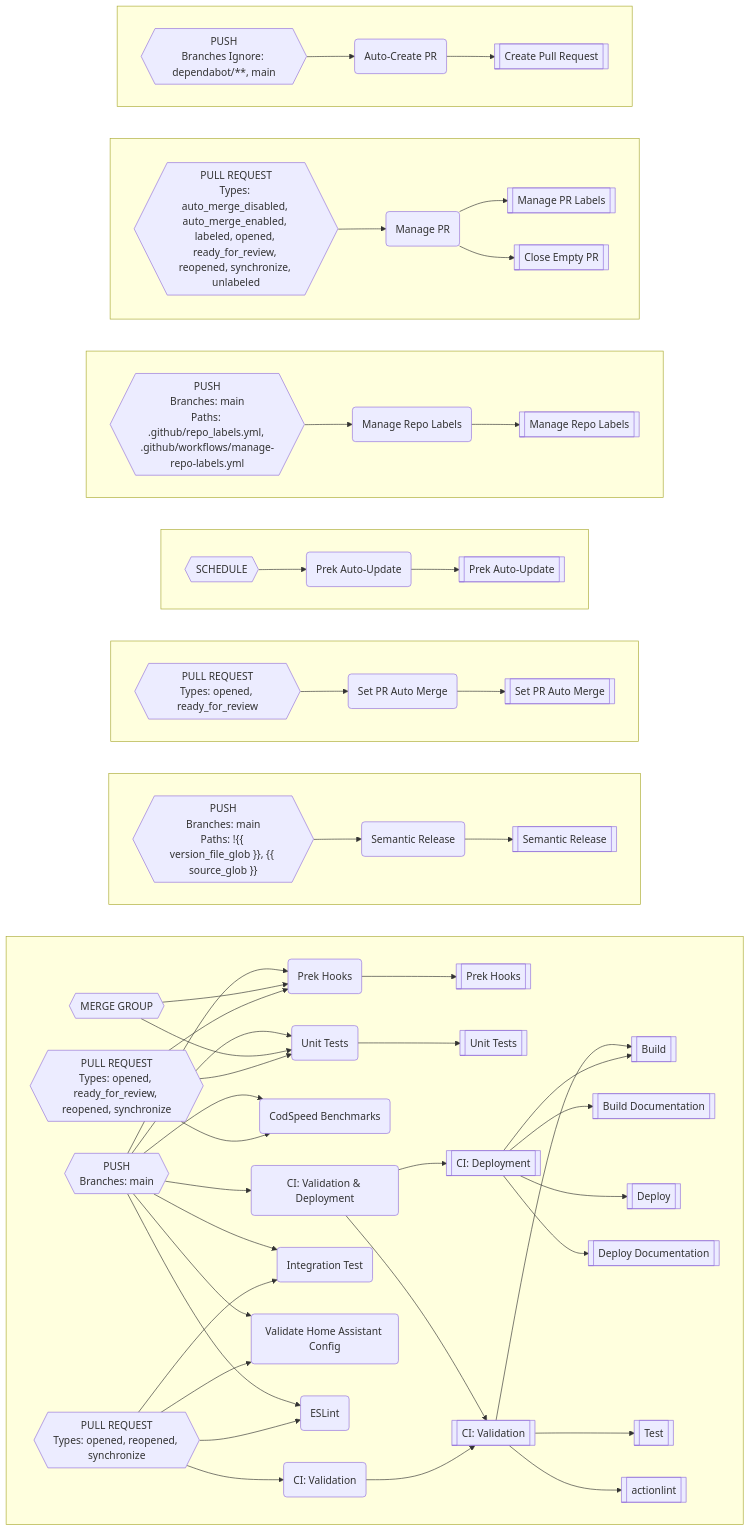
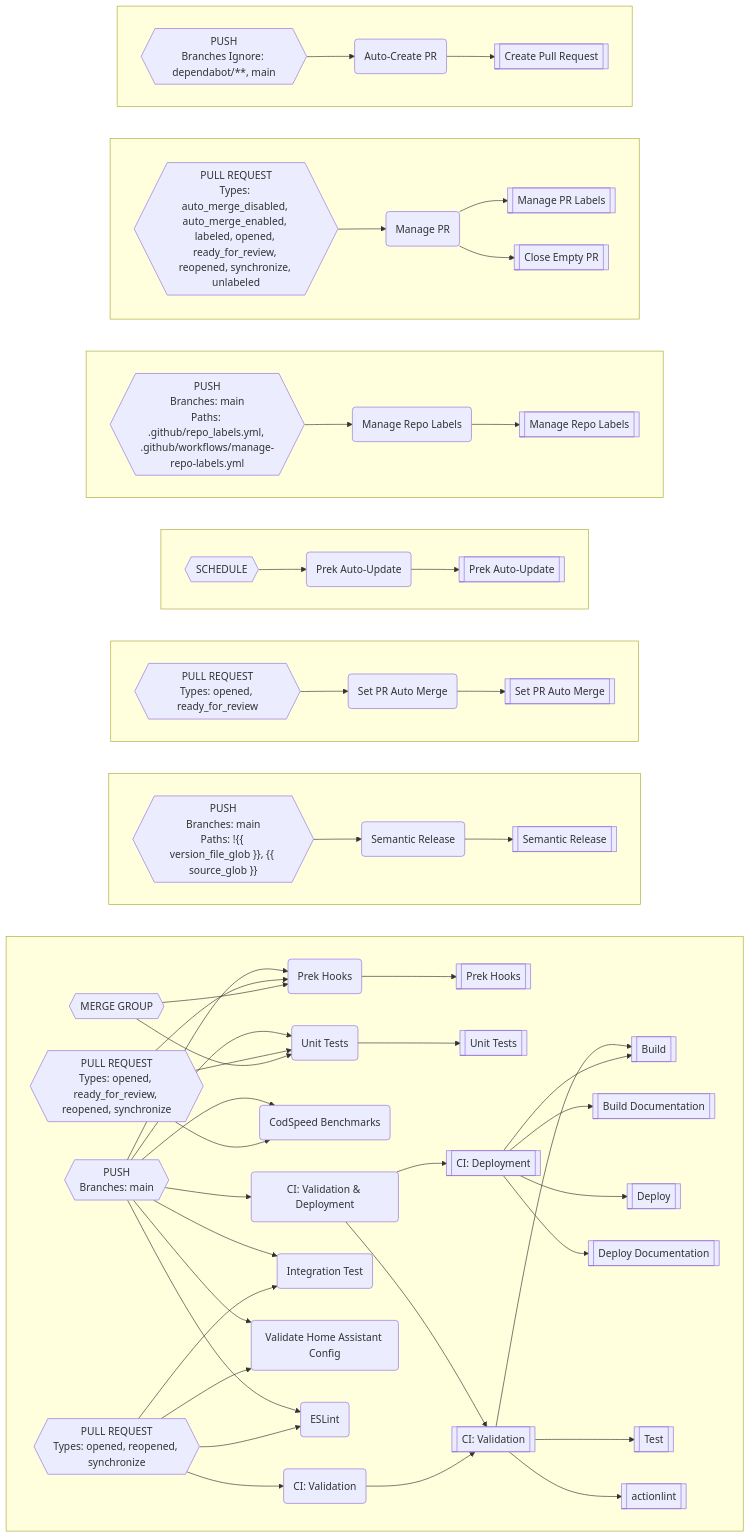
One commit to worganisation/github-config-files changed the diagram in README.md. Above: the diagram before and after it, drawn with Mermaid. The commit also changed other lines of this file and 3 other files, not shown here.

````diff
--- a/README.md
+++ b/README.md
@@ -366,28 +367,28 @@
 ```mermaid
 flowchart LR
-subgraph EG[" "]
+subgraph EM[" "]
 direction LR
-DK-->DZ
-DK-->DO
-DK-->DJ
-DO-->BC
-DP-->DZ
-DP-->DO
-DZ-->BO
-DF-->V
-DH-->DF
-DH-->CW
-DH-->CQ
-DH-->CM
-DC-->DZ
-DC-->DO
-DC-->DJ
+DC-->EF
 DC-->DB
-DC-->CW
-DC-->CQ
-DC-->CM
-DB-->V
-DB-->M
+DB-->BC
+DQ-->EF
+DQ-->DP
+DQ-->DB
+EF-->BO
+DL-->V
+DN-->DL
+DN-->CW
+DN-->CQ
+DN-->CM
+DI-->EF
+DI-->DP
+DI-->DH
+DI-->DB
+DI-->CW
+DI-->CQ
+DI-->CM
+DH-->V
+DH-->M
 M-->I
 M-->E
 M-->AN
@@ -396,33 +397,33 @@
 V-->BL
 V-->A
 end
-subgraph EH[" "]
+subgraph EN[" "]
 direction LR
-DV-->DU
-DU-->BF
+EB-->EA
+EA-->BF
 end
-subgraph EI[" "]
+subgraph EO[" "]
 direction LR
 CJ-->CI
 CI-->BI
 end
-subgraph EJ[" "]
+subgraph EP[" "]
 direction LR
 CF-->CE
 CE-->AZ
 end
-subgraph EK[" "]
+subgraph EQ[" "]
 direction LR
 CB-->CA
 CA-->AW
 end
-subgraph EL[" "]
+subgraph ER[" "]
 direction LR
 BW-->BV
 BV-->AT
 BV-->AB
 end
-subgraph EM[" "]
+subgraph ES[" "]
 direction LR
 BS-->BR
 BR-->AF
@@ -462,26 +463,26 @@
 CM("ESLint")
 CQ("Validate Home Assistant Config")
 CW("Integration Test")
-DB("CI: Validation & Deployment")
-DC{{"PUSH
+DB("Prek Hooks")
+DC{{"MERGE GROUP"}}
+DH("CI: Validation & Deployment")
+DI{{"PUSH
 Branches: main
 "}}
-DF("CI: Validation")
-DH{{"PULL REQUEST
+DL("CI: Validation")
+DN{{"PULL REQUEST
 Types: opened, reopened, synchronize
 "}}
-DJ("CodSpeed Benchmarks")
-DK{{"PULL REQUEST
+DP("CodSpeed Benchmarks")
+DQ{{"PULL REQUEST
 Types: opened, ready_for_review, reopened, synchronize
 "}}
-DO("Prek Hooks")
-DP{{"MERGE GROUP"}}
-DU("Semantic Release")
-DV{{"PUSH
+EA("Semantic Release")
+EB{{"PUSH
 Branches: main
 Paths: !{{ version_file_glob }}, {{ source_glob }}
 "}}
-DZ("Unit Tests")
+EF("Unit Tests")
 E[["Build Documentation"]]
 I[["Build"]]
 M[["CI: Deployment"]]
````
